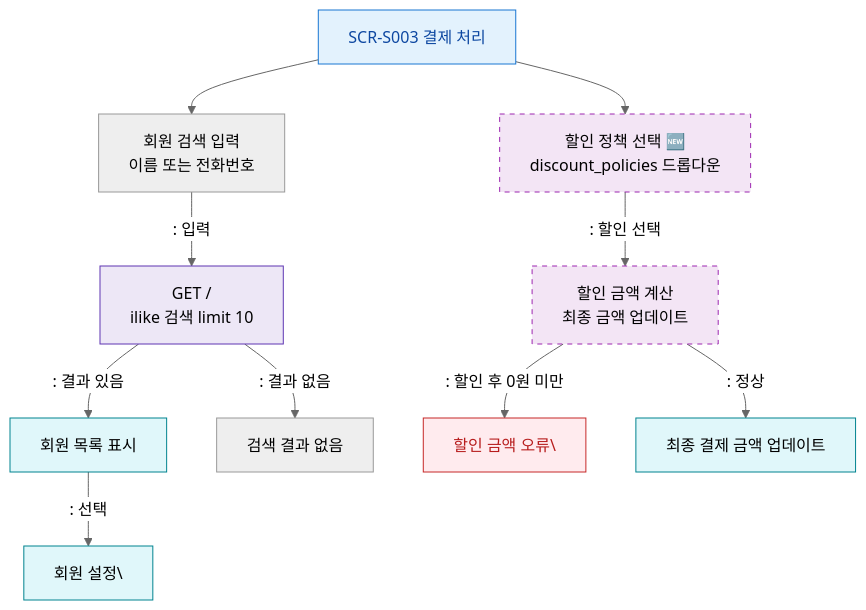
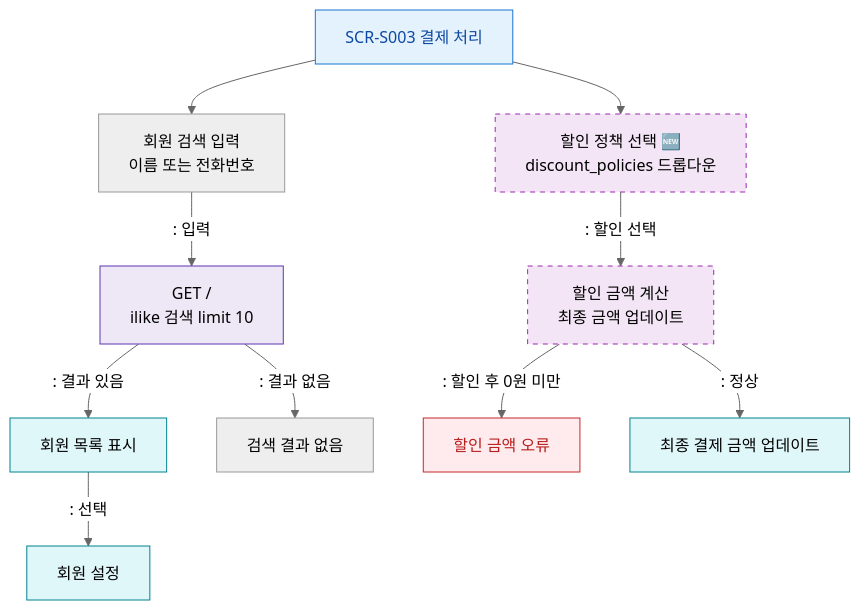
Before and after one commit to dev-spogym/admin-pando: the diagram in docs/admin/다이어그램/D03_매출관리/SCR-S003_결제처리/F4_필터검색.md, drawn with Mermaid (neutral theme). The commit also changed 369 other files, not shown here.

````diff
--- a/docs/admin/다이어그램/D03_매출관리/SCR-S003_결제처리/F4_필터검색.md
+++ b/docs/admin/다이어그램/D03_매출관리/SCR-S003_결제처리/F4_필터검색.md
@@ -18,28 +18,28 @@
 ```mermaid
 flowchart TD
     S003[SCR-S003 결제 처리]
 
     S003 --> MEMBER_SEARCH[회원 검색 입력\n이름 또는 전화번호]
     S003 --> DISCOUNT_SELECT[할인 정책 선택 🆕\ndiscount_policies 드롭다운]
 
     MEMBER_SEARCH -->|": 입력"|SEARCH_API[GET /\nilike 검색 limit 10]
     SEARCH_API -->|": 결과 있음"|MEMBER_LIST[회원 목록 표시]
     SEARCH_API -->|": 결과 없음"|MEMBER_EMPTY[검색 결과 없음]
-    MEMBER_LIST -->|": 선택"|MEMBER_SET[회원 설정\]
+    MEMBER_LIST -->|": 선택"|MEMBER_SET[회원 설정]
 
     DISCOUNT_SELECT -->|": 할인 선택"|DISCOUNT_CALC[할인 금액 계산\n최종 금액 업데이트]
-    DISCOUNT_CALC -->|": 할인 후 0원 미만"|ERR_DISCOUNT[할인 금액 오류\]
+    DISCOUNT_CALC -->|": 할인 후 0원 미만"|ERR_DISCOUNT[할인 금액 오류]
     DISCOUNT_CALC -->|": 정상"|FINAL_AMT[최종 결제 금액 업데이트]
 
     classDef screen fill:#E3F2FD,stroke:#1976D2,color:#0D47A1
     classDef newFeature fill:#F3E5F5,stroke:#9C27B0,stroke-dasharray:5 5
     classDef system fill:#EDE7F6,stroke:#5E35B2
     classDef error fill:#FFEBEE,stroke:#C62828,color:#B71C1C
     classDef info fill:#E0F7FA,stroke:#00838F
 
     class S003 screen
     class DISCOUNT_SELECT,DISCOUNT_CALC newFeature
     class SEARCH_API system
     class ERR_DISCOUNT error
     class MEMBER_LIST,MEMBER_SET,FINAL_AMT info
 ```
````
